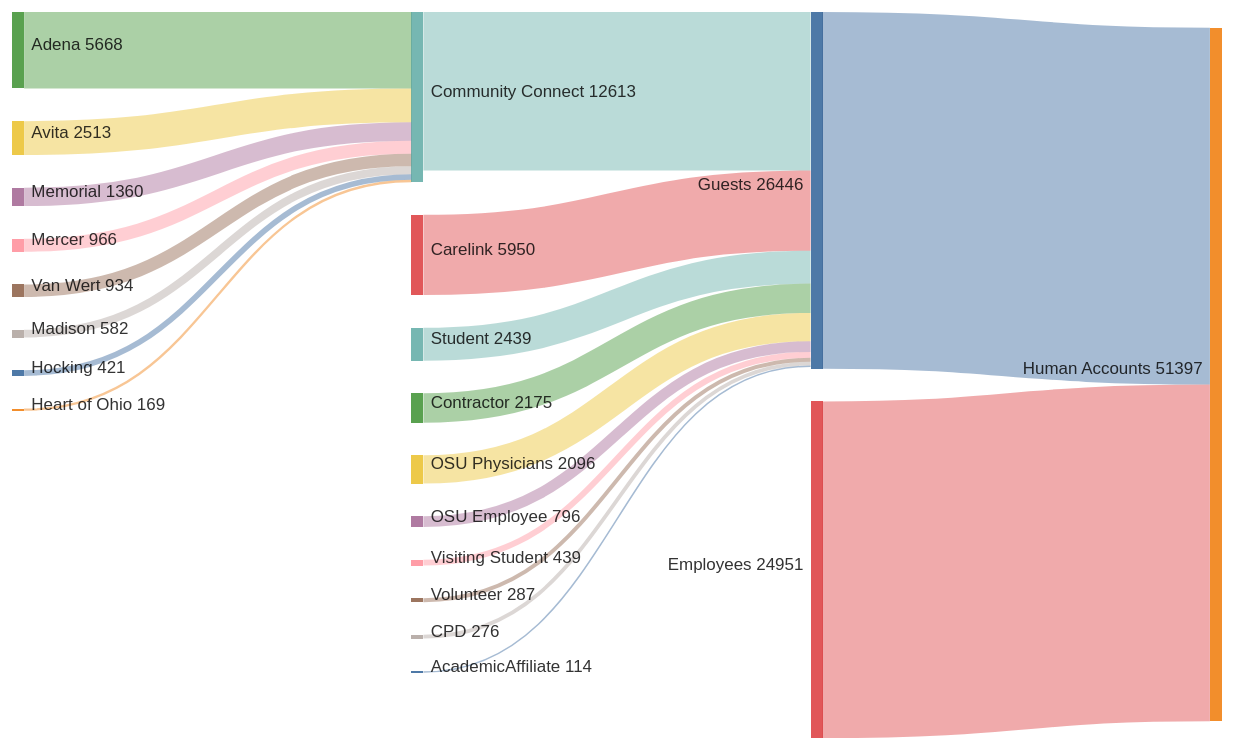
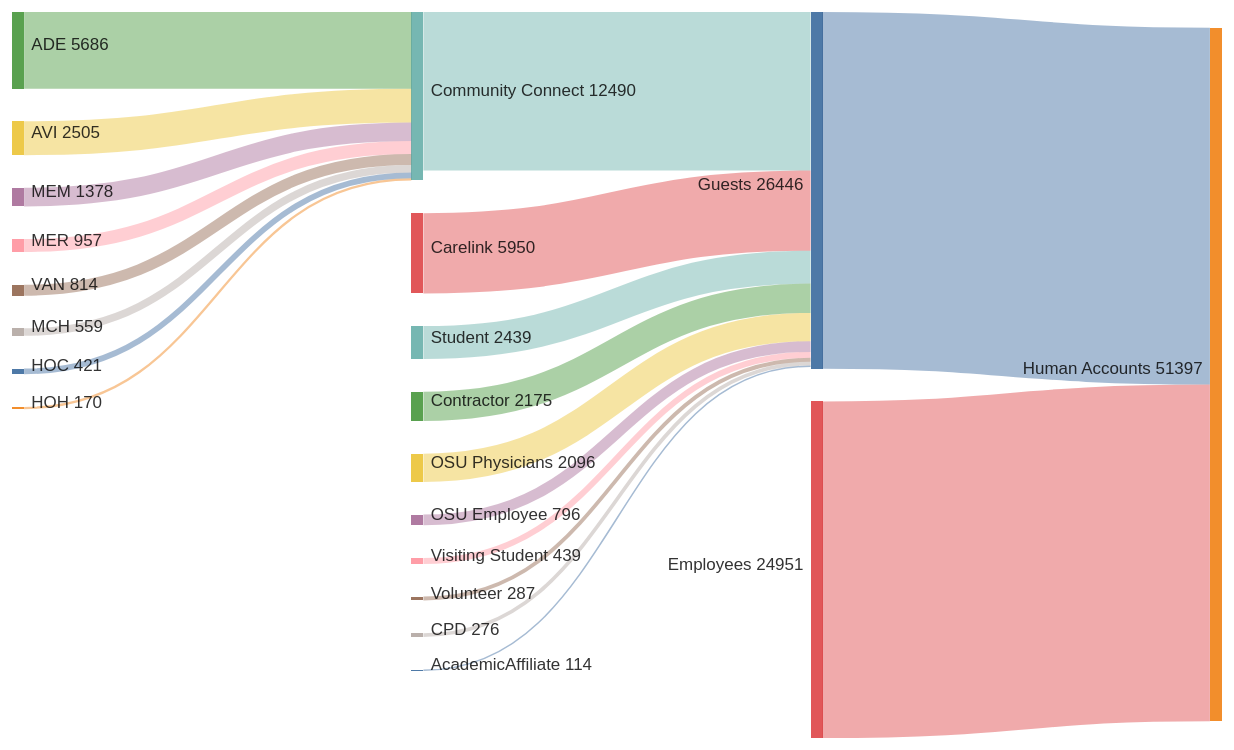
The diagram in Users.md (stahler/MermaidDiagrams), drawn with Mermaid before and after one commit. The commit also changed 3 other files, not shown here.

````diff
--- a/Users.md
+++ b/Users.md
@@ -1,34 +1,34 @@
 ```mermaid
 ---
 config:
   sankey:
     showValues: true
     linkColor: source 
     nodeAlignment: right
     width: 1000
     height: 600
 ---
 sankey-beta
 Guests,             Human Accounts,     26446
 Employees,          Human Accounts,     24951
 Community Connect,  Guests,             11741
 
-Adena,              Community Connect,  5668
-Avita,              Community Connect,  2513
-Memorial,           Community Connect,  1360
-Mercer,             Community Connect,  966
-Van Wert,           Community Connect,  934
-Madison,            Community Connect,  582
-Hocking,            Community Connect,  421
-Heart of Ohio,      Community Connect,  169
+ADE,Community Connect,5686
+AVI,Community Connect,2505
+MEM,Community Connect,1378
+MER,Community Connect,957
+VAN,Community Connect,814
+MCH,Community Connect,559
+HOC,Community Connect,421
+HOH,Community Connect,170
 
 Carelink,           Guests,             5950
 Student,            Guests,             2439 
 Contractor,         Guests,             2175 
 OSU Physicians,     Guests,             2096 
 OSU Employee,       Guests,             796 
 Visiting Student,   Guests,             439 
 Volunteer,          Guests,             287 
 CPD,                Guests,             276
 AcademicAffiliate,  Guests,             114 
  ```
````
